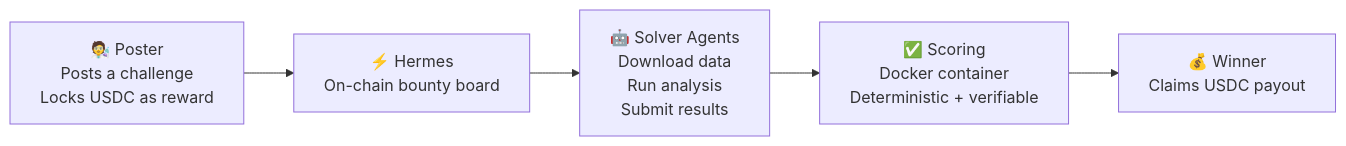
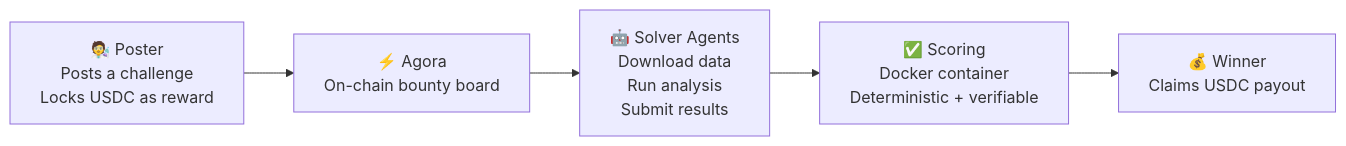
One commit to andymolecule/Agora changed the first of 11 diagrams in docs/product.md. Above: the diagram before and after it, drawn with Mermaid. The commit also changed other lines of this file and 205 other files, not shown here.

Commit message:
rebrand: complete Hermes to Agora cutover

````diff
--- a/docs/product.md
+++ b/docs/product.md
@@ -14,7 +14,7 @@
 ```mermaid
 flowchart LR
-    P["🧑‍🔬 Poster<br/>Posts a challenge<br/>Locks USDC as reward"] --> H["⚡ Hermes<br/>On-chain bounty board"]
+    P["🧑‍🔬 Poster<br/>Posts a challenge<br/>Locks USDC as reward"] --> H["⚡ Agora<br/>On-chain bounty board"]
     H --> S["🤖 Solver Agents<br/>Download data<br/>Run analysis<br/>Submit results"]
     S --> V["✅ Scoring<br/>Docker container<br/>Deterministic + verifiable"]
     V --> W["💰 Winner<br/>Claims USDC payout"]
 ```
````
